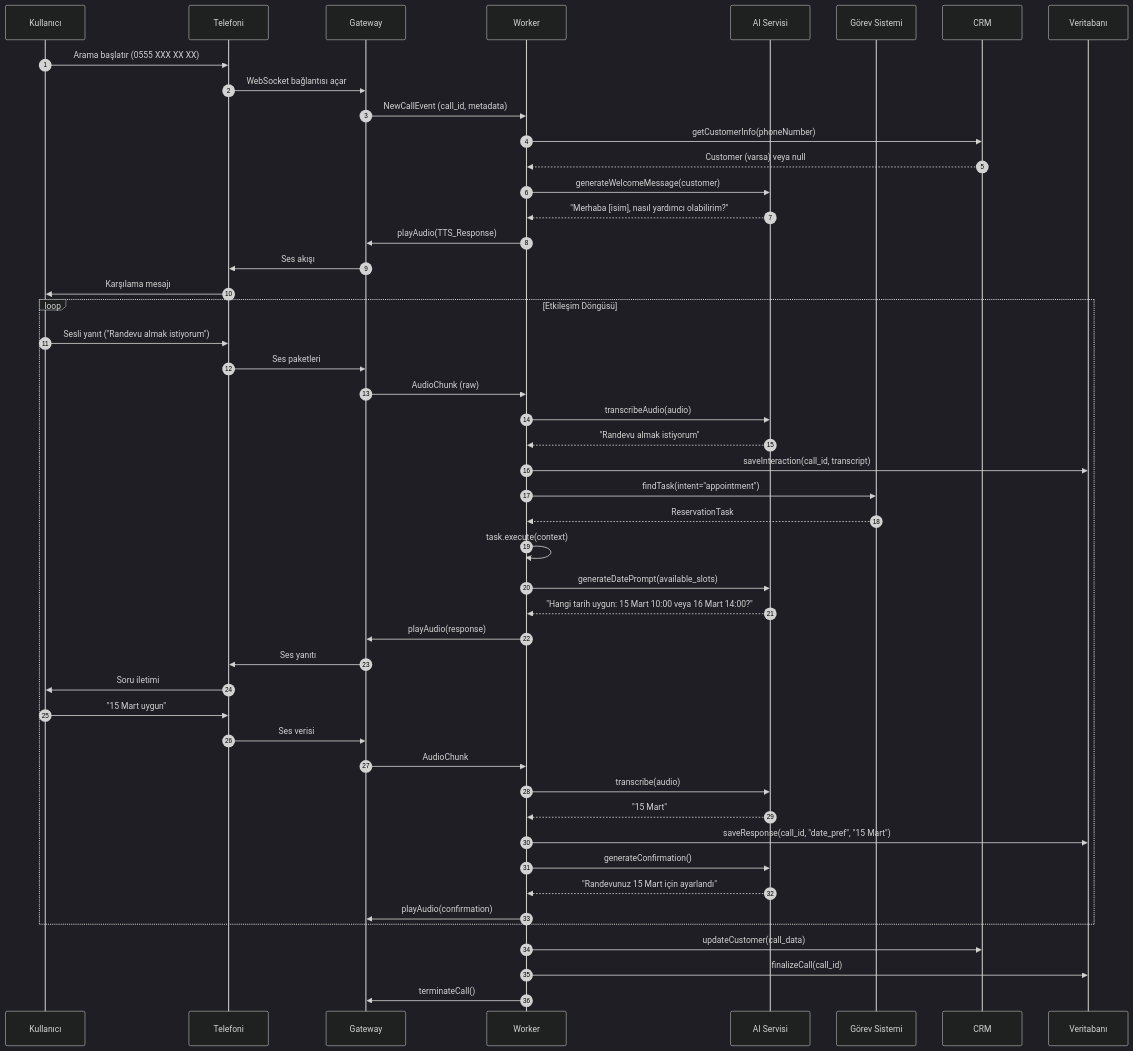
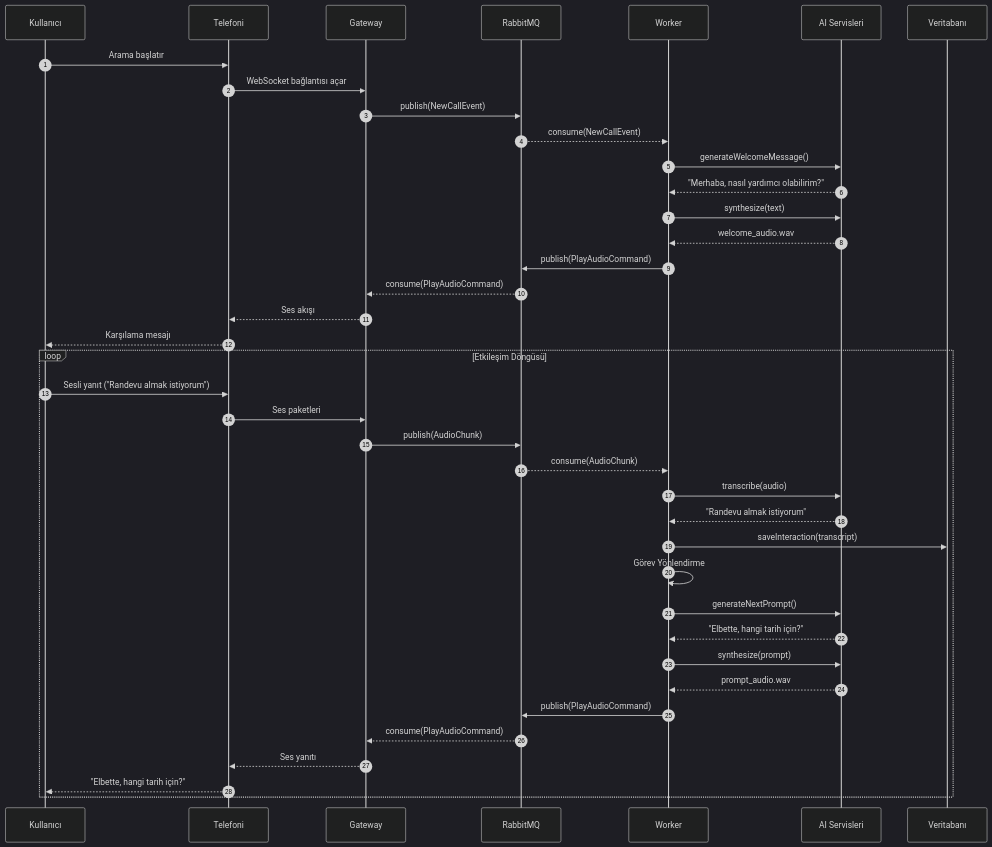
The third of 3 diagrams in docs/blueprint/Architecture-Overview.md (sentiric/sentiric-governance), drawn with Mermaid (dark theme) before and after one commit. The commit also changed other lines of this file and 10 other files, not shown here.

First line of the commit message:
feat(architecture): Zırhlandırılmış v2.0 mimarisini ve temel kararları tanımla

````diff
--- a/docs/blueprint/Architecture-Overview.md
+++ b/docs/blueprint/Architecture-Overview.md
@@ -129,68 +123,46 @@
 ```mermaid
 sequenceDiagram
     autonumber
     participant K as Kullanıcı
     participant T as Telefoni
     participant G as Gateway
+    participant MQ as RabbitMQ
     participant W as Worker
-    participant AI as AI Servisi
-    participant TS as Görev Sistemi
-    participant CRM as CRM
+    participant AI as AI Servisleri
     participant DB as Veritabanı
 
-    K->>T: Arama başlatır (0555 XXX XX XX)
+    K->>T: Arama başlatır
     T->>G: WebSocket bağlantısı açar
-    G->>W: NewCallEvent (call_id, metadata)
+    G->>MQ: publish(NewCallEvent)
     
-    %% Müşteri Tanıma
-    W->>CRM: getCustomerInfo(phoneNumber)
-    CRM-->>W: Customer (varsa) veya null
-    
-    %% Karşılama Mesajı
-    W->>AI: generateWelcomeMessage(customer)
-    AI-->>W: "Merhaba [isim], nasıl yardımcı olabilirim?"
-    W->>G: playAudio(TTS_Response)
-    G->>T: Ses akışı
-    T->>K: Karşılama mesajı
+    MQ-->>W: consume(NewCallEvent)
+    W->>AI: generateWelcomeMessage()
+    AI-->>W: "Merhaba, nasıl yardımcı olabilirim?"
+    W->>AI: synthesize(text)
+    AI-->>W: welcome_audio.wav
+    W->>MQ: publish(PlayAudioCommand)
+    MQ-->>G: consume(PlayAudioCommand)
+    G-->>T: Ses akışı
+    T-->>K: Karşılama mesajı
 
     loop Etkileşim Döngüsü
         K->>T: Sesli yanıt ("Randevu almak istiyorum")
         T->>G: Ses paketleri
-        G->>W: AudioChunk (raw)
+        G->>MQ: publish(AudioChunk)
         
-        %% STT ve Niyet Analizi
-        W->>AI: transcribeAudio(audio)
+        MQ-->>W: consume(AudioChunk)
+        W->>AI: transcribe(audio)
         AI-->>W: "Randevu almak istiyorum"
-        W->>DB: saveInteraction(call_id, transcript)
+        W->>DB: saveInteraction(transcript)
         
-        %% Görev Yönlendirme
-        W->>TS: findTask(intent="appointment")
-        TS-->>W: ReservationTask
-        W->>W: task.execute(context)
-        
-        %% Takvim Kontrolü
-        W->>AI: generateDatePrompt(available_slots)
-        AI-->>W: "Hangi tarih uygun: 15 Mart 10:00 veya 16 Mart 14:00?"
-        W->>G: playAudio(response)
-        G->>T: Ses yanıtı
-        T->>K: Soru iletimi
-        
-        %% Kullanıcı Yanıtı İşleme
-        K->>T: "15 Mart uygun"
-        T->>G: Ses verisi
-        G->>W: AudioChunk
-        W->>AI: transcribe(audio)
-        AI-->>W: "15 Mart"
-        W->>DB: saveResponse(call_id, "date_pref", "15 Mart")
-        
-        %% Onay ve Sonlandırma
-        W->>AI: generateConfirmation()
-        AI-->>W: "Randevunuz 15 Mart için ayarlandı"
-        W->>G: playAudio(confirmation)
+        W->>W: Görev Yönlendirme
+        W->>AI: generateNextPrompt()
+        AI-->>W: "Elbette, hangi tarih için?"
+        W->>AI: synthesize(prompt)
+        AI-->>W: prompt_audio.wav
+        W->>MQ: publish(PlayAudioCommand)
+        MQ-->>G: consume(PlayAudioCommand)
+        G-->>T: Ses yanıtı
+        T-->>K: "Elbette, hangi tarih için?"
     end
-    
-    %% Post-call İşlemler
-    W->>CRM: updateCustomer(call_data)
-    W->>DB: finalizeCall(call_id)
-    W->>G: terminateCall()
 ```
````
